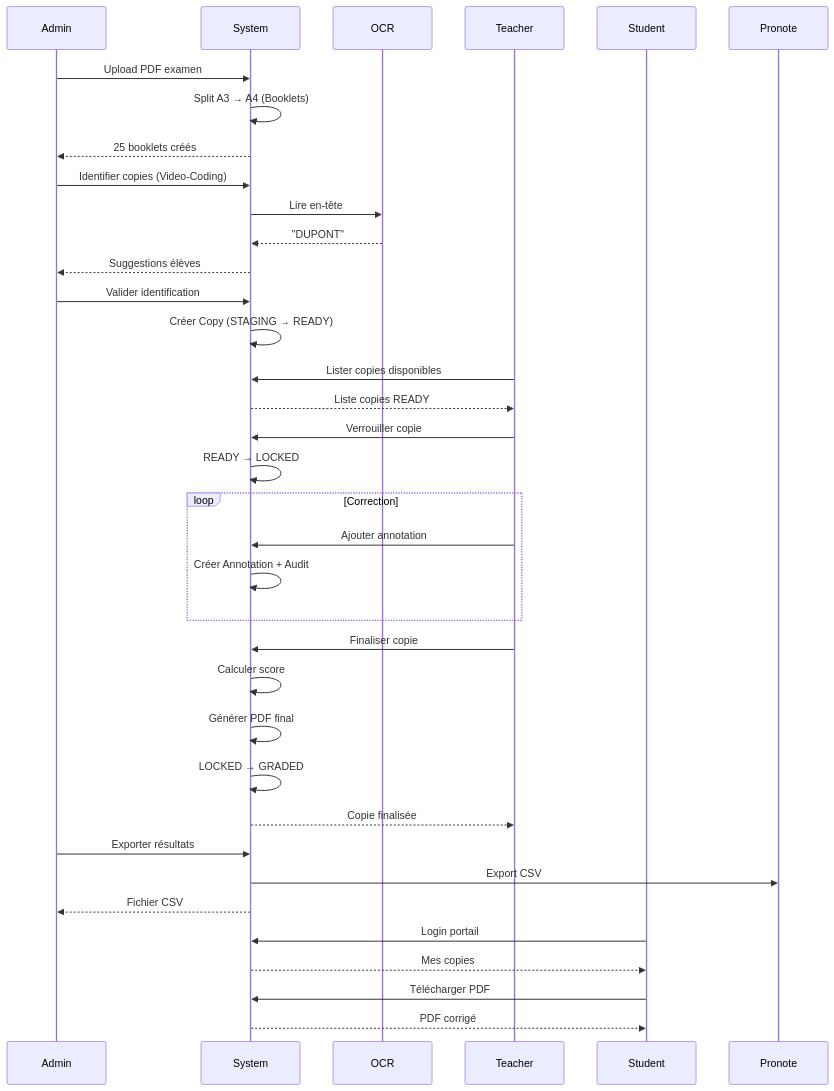
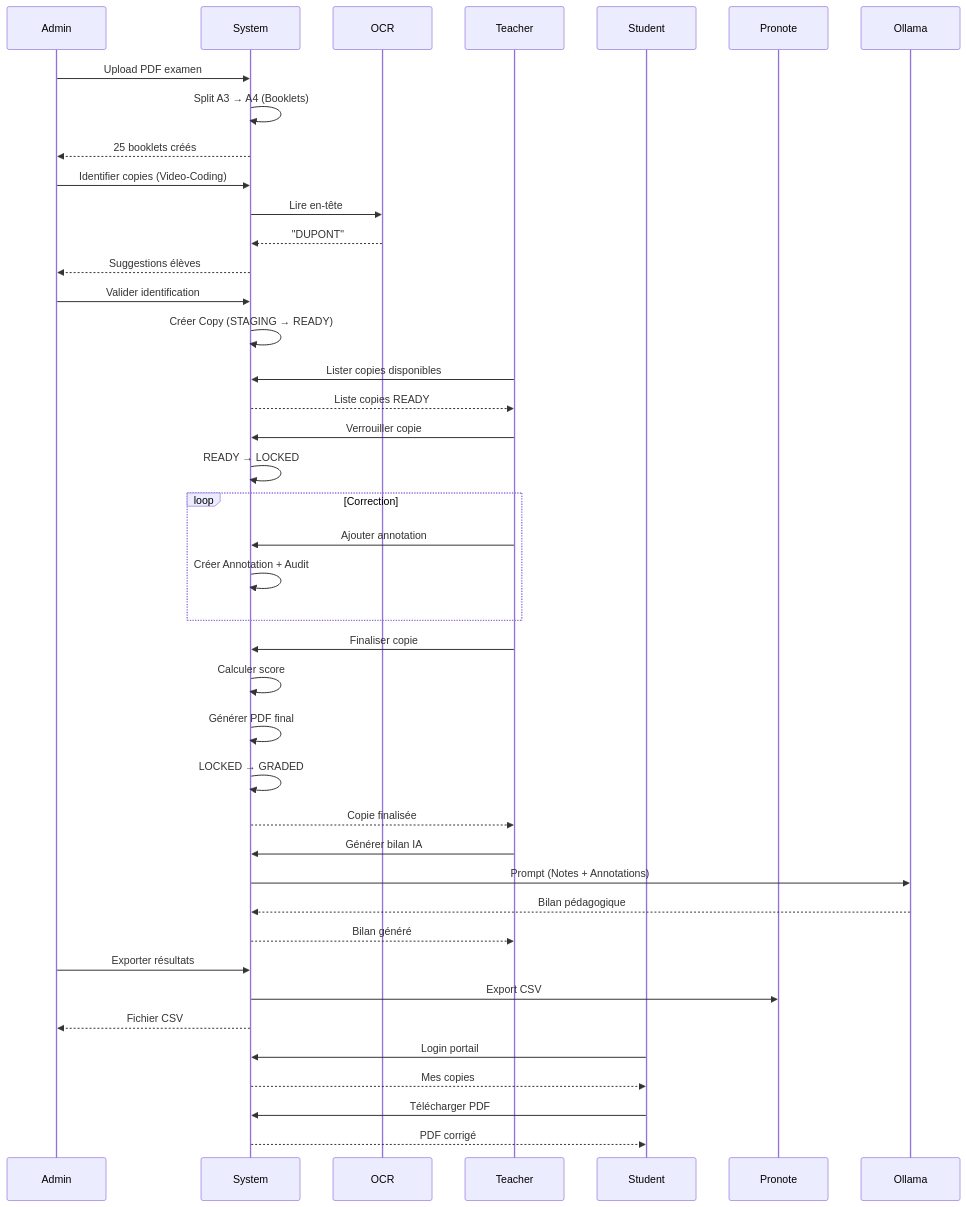
One commit to cyranoaladin/Korrigo changed the second of 10 diagrams in docs/technical/BUSINESS_WORKFLOWS.md. Above: the diagram before and after it, drawn with Mermaid. The commit also changed other lines of this file and 40 other files, not shown here.

````diff
--- a/docs/technical/BUSINESS_WORKFLOWS.md
+++ b/docs/technical/BUSINESS_WORKFLOWS.md
@@ -66,45 +67,50 @@
 ```mermaid
 sequenceDiagram
     participant Admin
     participant System
     participant OCR
     participant Teacher
     participant Student
     participant Pronote
     
     Admin->>System: Upload PDF examen
     System->>System: Split A3 → A4 (Booklets)
     System-->>Admin: 25 booklets créés
     
     Admin->>System: Identifier copies (Video-Coding)
     System->>OCR: Lire en-tête
     OCR-->>System: "DUPONT"
     System-->>Admin: Suggestions élèves
     Admin->>System: Valider identification
     System->>System: Créer Copy (STAGING → READY)
     
     Teacher->>System: Lister copies disponibles
     System-->>Teacher: Liste copies READY
     Teacher->>System: Verrouiller copie
     System->>System: READY → LOCKED
     
     loop Correction
         Teacher->>System: Ajouter annotation
         System->>System: Créer Annotation + Audit
     end
     
     Teacher->>System: Finaliser copie
     System->>System: Calculer score
     System->>System: Générer PDF final
     System->>System: LOCKED → GRADED
     System-->>Teacher: Copie finalisée
+
+    Teacher->>System: Générer bilan IA
+    System->>Ollama: Prompt (Notes + Annotations)
+    Ollama-->>System: Bilan pédagogique
+    System-->>Teacher: Bilan généré
     
     Admin->>System: Exporter résultats
     System->>Pronote: Export CSV
     System-->>Admin: Fichier CSV
     
     Student->>System: Login portail
     System-->>Student: Mes copies
     Student->>System: Télécharger PDF
     System-->>Student: PDF corrigé
 ```
````
